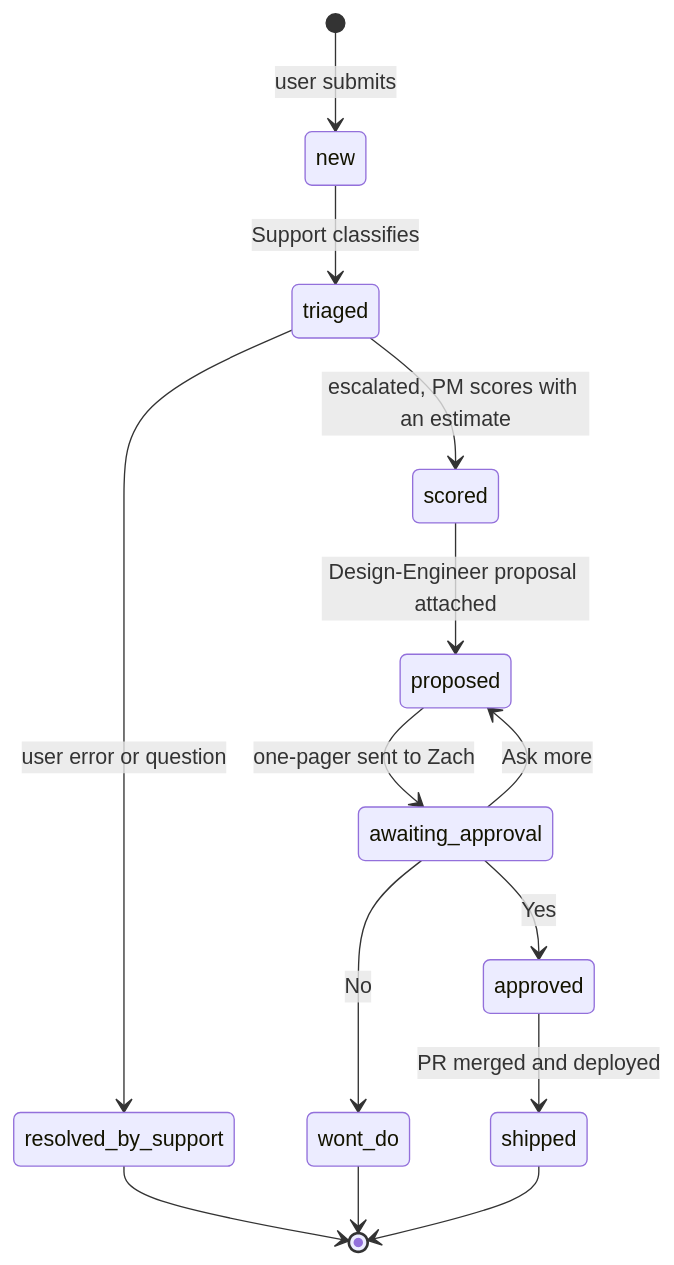
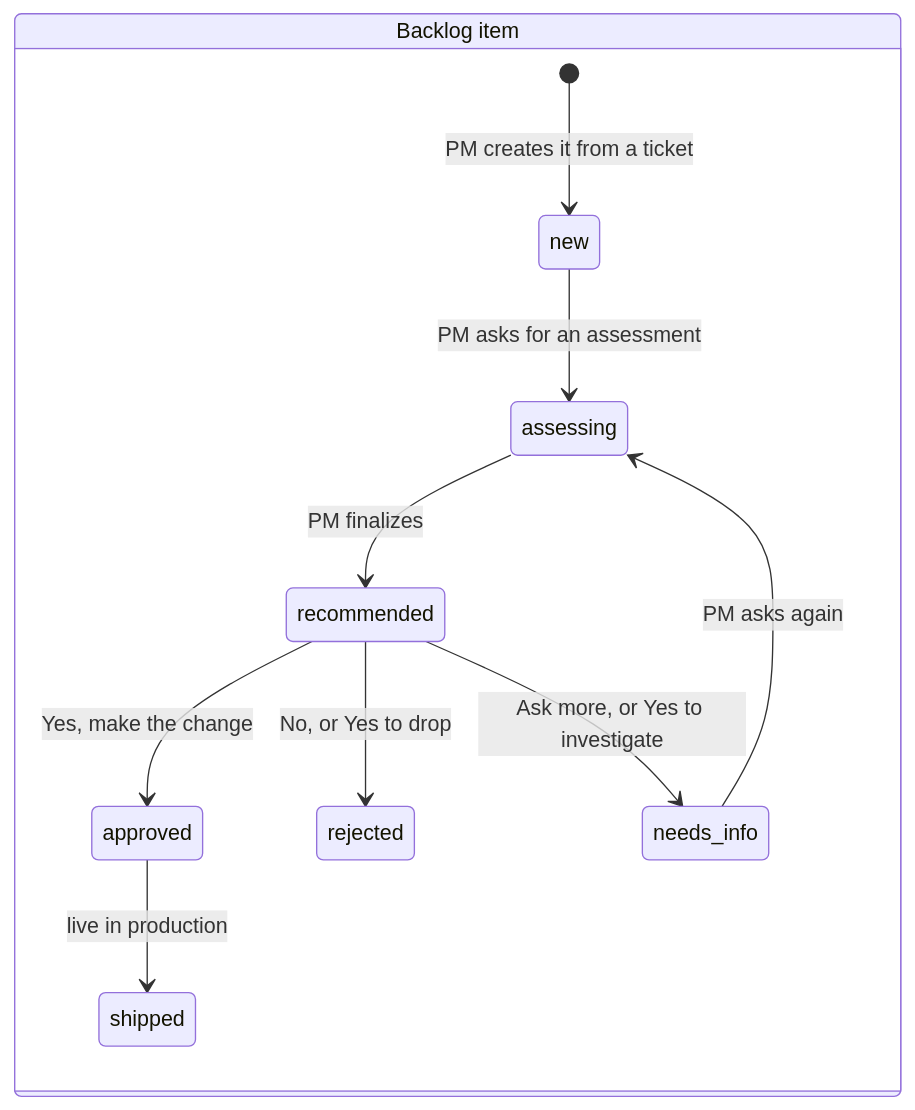
One commit to schweitzdesign/usability-script-improver changed the third of 6 diagrams in docs/agents/architecture.md. Above: the diagram before and after it, drawn with Mermaid. The commit also changed other lines of this file and 4 other files, not shown here.

First line of the commit message:
Update all the docs for the PM, Design-Engineer, and shipping stages

````diff
--- a/docs/agents/architecture.md
+++ b/docs/agents/architecture.md
@@ -42,16 +76,14 @@
 ```mermaid
 stateDiagram-v2
-    [*] --> new: user submits
-    new --> triaged: Support classifies
-    triaged --> resolved_by_support: user error or question
-    triaged --> scored: escalated, PM scores with an estimate
-    scored --> proposed: Design-Engineer proposal attached
-    proposed --> awaiting_approval: one-pager sent to Zach
-    awaiting_approval --> approved: Yes
-    awaiting_approval --> wont_do: No
-    awaiting_approval --> proposed: Ask more
-    approved --> shipped: PR merged and deployed
-    resolved_by_support --> [*]
-    wont_do --> [*]
-    shipped --> [*]
+    direction LR
+    state "Backlog item" as I {
+        [*] --> new: PM creates it from a ticket
+        new --> assessing: PM asks for an assessment
+        assessing --> recommended: PM finalizes
+        recommended --> approved: Yes, make the change
+        recommended --> rejected: No, or Yes to drop
+        recommended --> needs_info: Ask more, or Yes to investigate
+        needs_info --> assessing: PM asks again
+        approved --> shipped: live in production
+    }
 ```
````
